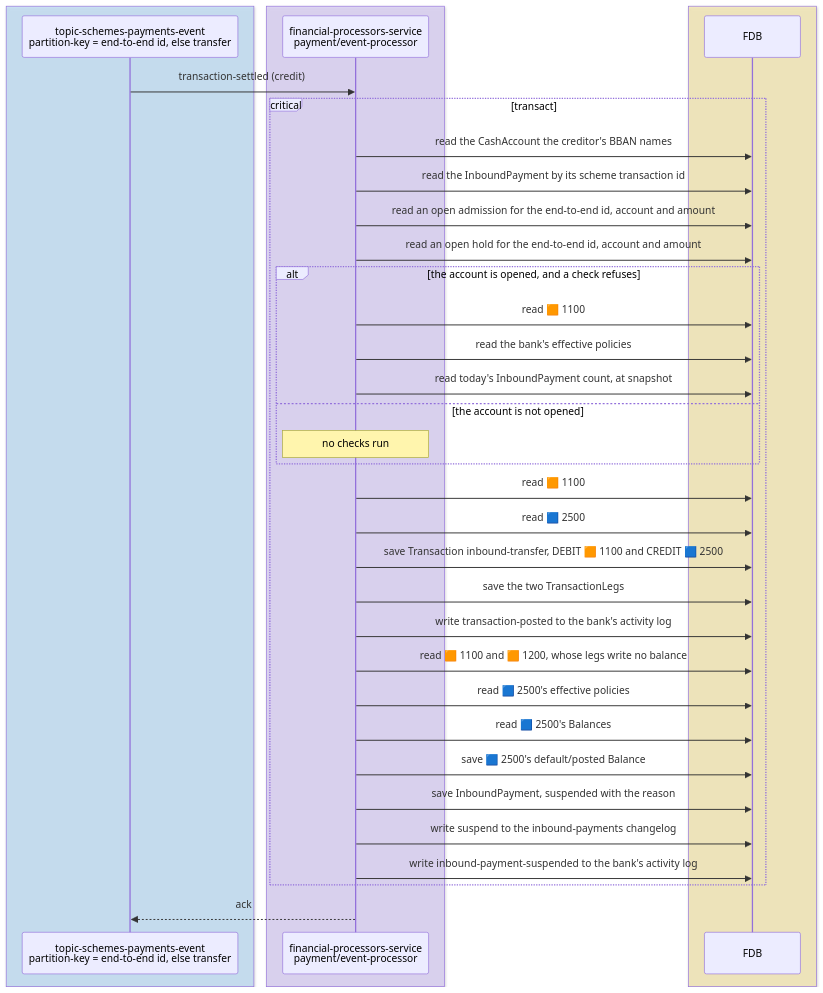
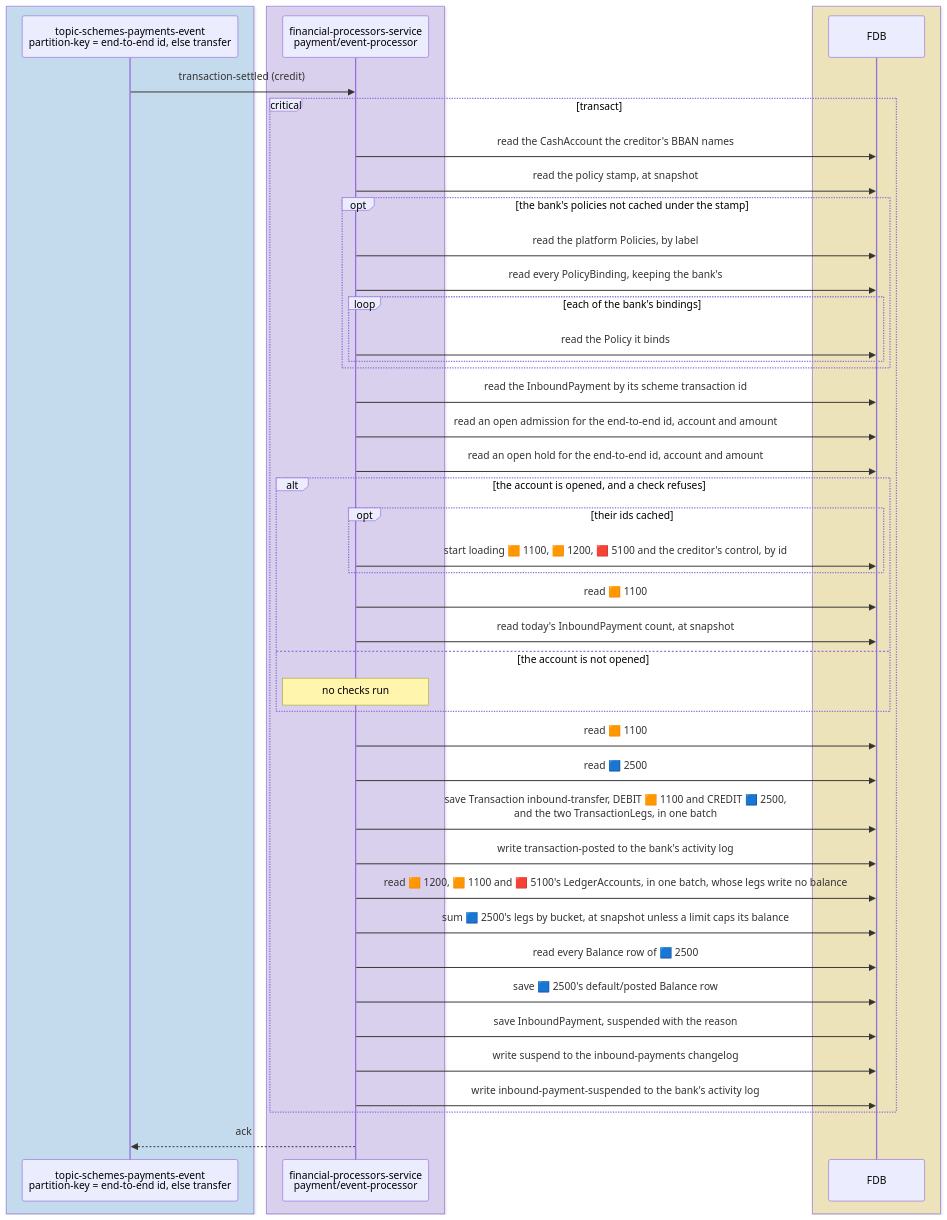
The fifth of 15 diagrams in docs/tdd/payments-inbound.md (repldriven/queenswood), drawn with Mermaid before and after one commit. The commit also changed other lines of this file and 2 other files, not shown here.

Commit message:
Draw each payment flow's FDB calls as the code makes them: balances summed from legs and a row saved only where a bucket opens, batched reads and saves, the policy stamp and the ledger account id cache, and the intent poller's limited reads, rounds and concurrent reconciles

````diff
--- a/docs/tdd/payments-inbound.md
+++ b/docs/tdd/payments-inbound.md
@@ -258,39 +278,48 @@
 ```mermaid
 sequenceDiagram
     box rgba(165, 216, 255, 0.45)
     participant SE as topic-schemes-payments-event<br/>partition-key = end-to-end id, else transfer
     end
     box rgba(208, 191, 255, 0.45)
     participant PE as financial-processors-service<br/>payment/event-processor
     end
     box rgba(255, 236, 153, 0.5)
     participant DB as FDB
     end
     SE->>PE: transaction-settled (credit)
     critical transact
     PE->>DB: read the CashAccount the creditor's BBAN names
+    PE->>DB: read the policy stamp, at snapshot
+    opt the bank's policies not cached under the stamp
+    PE->>DB: read the platform Policies, by label
+    PE->>DB: read every PolicyBinding, keeping the bank's
+    loop each of the bank's bindings
+    PE->>DB: read the Policy it binds
+    end
+    end
     PE->>DB: read the InboundPayment by its scheme transaction id
     PE->>DB: read an open admission for the end-to-end id, account and amount
     PE->>DB: read an open hold for the end-to-end id, account and amount
     alt the account is opened, and a check refuses
+    opt their ids cached
+    PE->>DB: start loading 🟧 1100, 🟧 1200, 🟥 5100 and the creditor's control, by id
+    end
     PE->>DB: read 🟧 1100
-    PE->>DB: read the bank's effective policies
     PE->>DB: read today's InboundPayment count, at snapshot
     else the account is not opened
     Note over PE: no checks run
     end
     PE->>DB: read 🟧 1100
     PE->>DB: read 🟦 2500
-    PE->>DB: save Transaction inbound-transfer, DEBIT 🟧 1100 and CREDIT 🟦 2500
-    PE->>DB: save the two TransactionLegs
+    PE->>DB: save Transaction inbound-transfer, DEBIT 🟧 1100 and CREDIT 🟦 2500,<br/>and the two TransactionLegs, in one batch
     PE->>DB: write transaction-posted to the bank's activity log
-    PE->>DB: read 🟧 1100 and 🟧 1200, whose legs write no balance
-    PE->>DB: read 🟦 2500's effective policies
-    PE->>DB: read 🟦 2500's Balances
-    PE->>DB: save 🟦 2500's default/posted Balance
+    PE->>DB: read 🟧 1200, 🟧 1100 and 🟥 5100's LedgerAccounts, in one batch, whose legs write no balance
+    PE->>DB: sum 🟦 2500's legs by bucket, at snapshot unless a limit caps its balance
+    PE->>DB: read every Balance row of 🟦 2500
+    PE->>DB: save 🟦 2500's default/posted Balance row
     PE->>DB: save InboundPayment, suspended with the reason
     PE->>DB: write suspend to the inbound-payments changelog
     PE->>DB: write inbound-payment-suspended to the bank's activity log
     end
     PE-->>SE: ack
 ```
````
